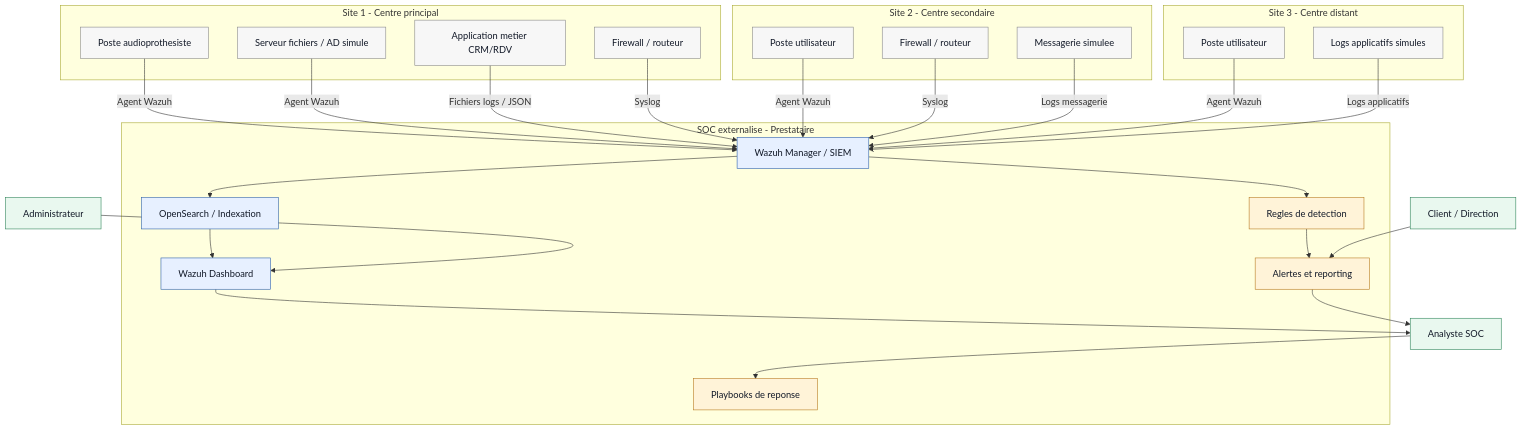
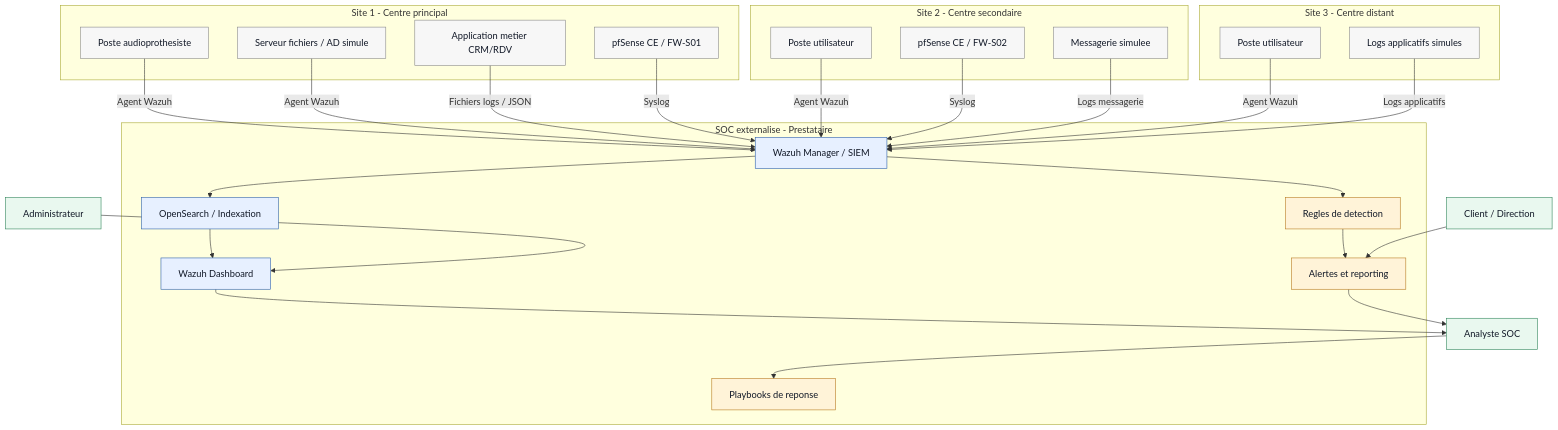
The diagram in livrables/yvan/supports/architecture_soc_externalise.mmd (ivanfocsa/projet_cs_m2_livrables), drawn with Mermaid before and after one commit. The commit also changed other lines of this file and 46 other files, not shown here.

```diff
--- a/livrables/yvan/supports/architecture_soc_externalise.mmd
+++ b/livrables/yvan/supports/architecture_soc_externalise.mmd
@@ -1,56 +1,56 @@
 flowchart TB
     classDef soc fill:#e7f0ff,stroke:#2b5fab,stroke-width:1px,color:#111827
     classDef site fill:#f7f7f7,stroke:#8a8a8a,stroke-width:1px,color:#111827
     classDef security fill:#fff3d8,stroke:#b7791f,stroke-width:1px,color:#111827
     classDef actor fill:#e9f8ef,stroke:#2f855a,stroke-width:1px,color:#111827
 
     subgraph SOC["SOC externalise - Prestataire"]
         WAZUH["Wazuh Manager / SIEM"]:::soc
         INDEX["OpenSearch / Indexation"]:::soc
         DASH["Wazuh Dashboard"]:::soc
         RULES["Regles de detection"]:::security
         ALERTS["Alertes et reporting"]:::security
         PLAYBOOKS["Playbooks de reponse"]:::security
     end
 
     subgraph SITE1["Site 1 - Centre principal"]
         PC1["Poste audioprothesiste"]:::site
         SRV1["Serveur fichiers / AD simule"]:::site
         APP1["Application metier CRM/RDV"]:::site
-        FW1["Firewall / routeur"]:::site
+        FW1["pfSense CE / FW-S01"]:::site
     end
 
     subgraph SITE2["Site 2 - Centre secondaire"]
         PC2["Poste utilisateur"]:::site
-        FW2["Firewall / routeur"]:::site
+        FW2["pfSense CE / FW-S02"]:::site
         MAIL2["Messagerie simulee"]:::site
     end
 
     subgraph SITE3["Site 3 - Centre distant"]
         PC3["Poste utilisateur"]:::site
         APP3["Logs applicatifs simules"]:::site
     end
 
     ANALYST["Analyste SOC"]:::actor
     ADMIN["Administrateur"]:::actor
     CLIENT["Client / Direction"]:::actor
 
     PC1 -->|"Agent Wazuh"| WAZUH
     SRV1 -->|"Agent Wazuh"| WAZUH
     APP1 -->|"Fichiers logs / JSON"| WAZUH
     FW1 -->|"Syslog"| WAZUH
     PC2 -->|"Agent Wazuh"| WAZUH
     FW2 -->|"Syslog"| WAZUH
     MAIL2 -->|"Logs messagerie"| WAZUH
     PC3 -->|"Agent Wazuh"| WAZUH
     APP3 -->|"Logs applicatifs"| WAZUH
 
     WAZUH --> INDEX
     WAZUH --> RULES
     RULES --> ALERTS
     INDEX --> DASH
     DASH --> ANALYST
     ALERTS --> ANALYST
     ANALYST --> PLAYBOOKS
     ADMIN --> DASH
     CLIENT --> ALERTS
```
